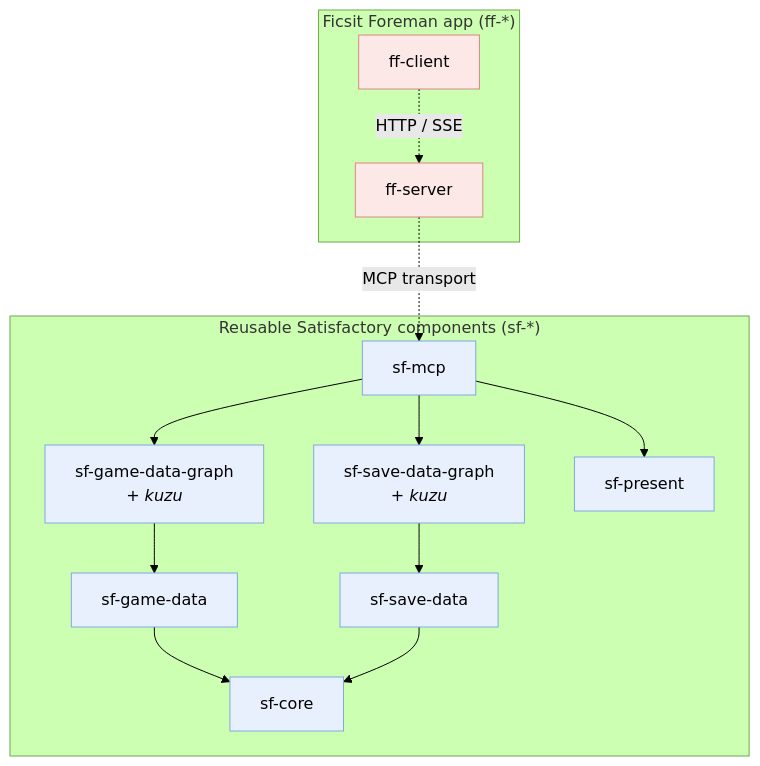
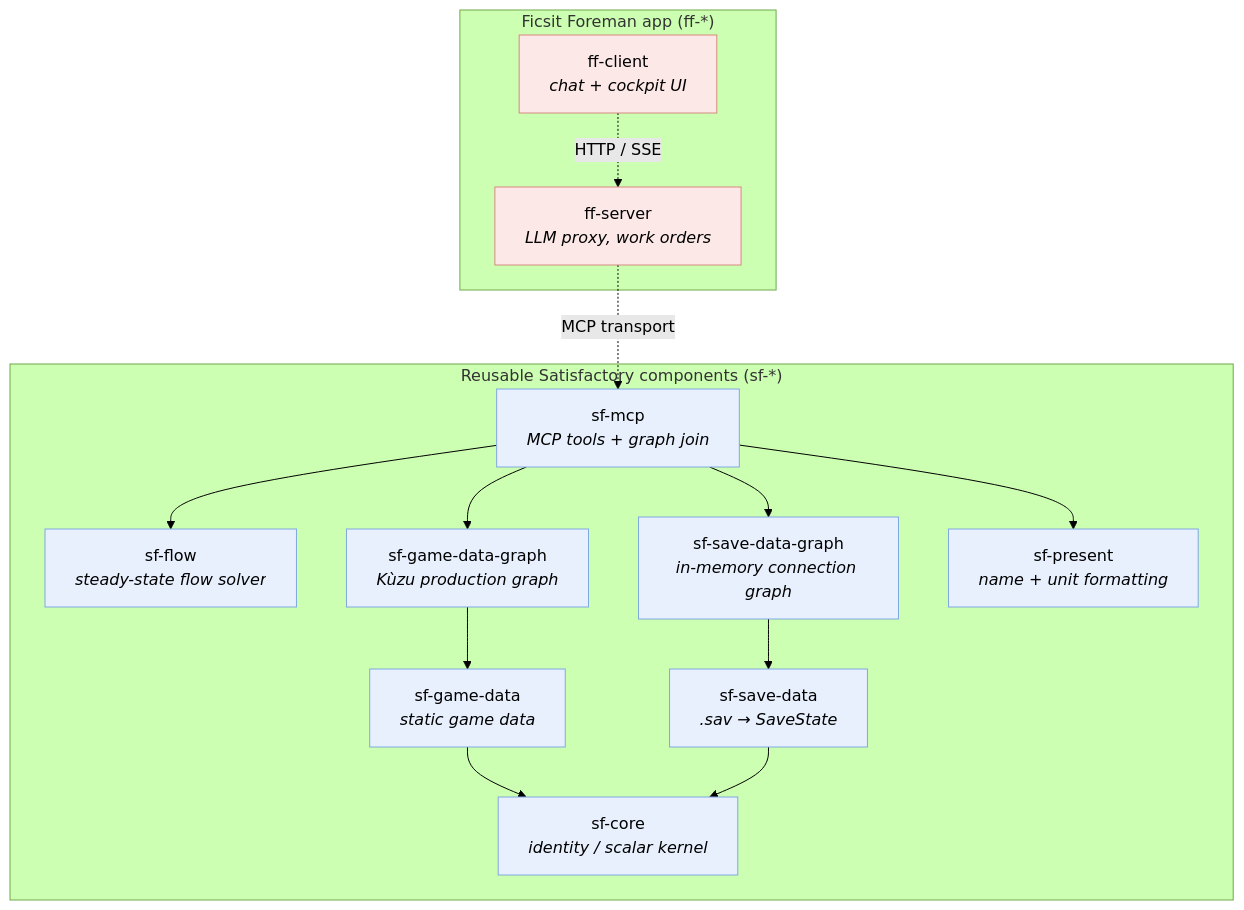
One commit to StuartMeeks/ficsit-foreman changed the diagram in docs/component-architecture.md. Above: the diagram before and after it, drawn with Mermaid (forest theme). The commit also changed other lines of this file, not shown here.

First line of the commit message:
docs(component-architecture): add sf-flow, fix kuzu placement, refresh to current (#195)

````diff
--- a/docs/component-architecture.md
+++ b/docs/component-architecture.md
@@ -113,31 +117,33 @@
 ```mermaid
 graph TD
     subgraph app["Ficsit Foreman app (ff-*)"]
-        ffc["ff-client"]
-        ffs["ff-server"]
+        ffc["ff-client<br/><i>chat + cockpit UI</i>"]
+        ffs["ff-server<br/><i>LLM proxy, work orders</i>"]
     end
     subgraph reusable["Reusable Satisfactory components (sf-*)"]
-        mcp["sf-mcp"]
-        gdg["sf-game-data-graph<br/><i>+ kuzu</i>"]
-        gd["sf-game-data"]
-        sdg["sf-save-data-graph<br/><i>+ kuzu</i>"]
-        sd["sf-save-data"]
-        present["sf-present"]
-        core["sf-core"]
+        mcp["sf-mcp<br/><i>MCP tools + graph join</i>"]
+        flow["sf-flow<br/><i>steady-state flow solver</i>"]
+        gdg["sf-game-data-graph<br/><i>Kùzu production graph</i>"]
+        gd["sf-game-data<br/><i>static game data</i>"]
+        sdg["sf-save-data-graph<br/><i>in-memory connection graph</i>"]
+        sd["sf-save-data<br/><i>.sav → SaveState</i>"]
+        present["sf-present<br/><i>name + unit formatting</i>"]
+        core["sf-core<br/><i>identity / scalar kernel</i>"]
     end
 
     ffc -. "HTTP / SSE" .-> ffs
     ffs -. "MCP transport" .-> mcp
     mcp --> gdg
     mcp --> sdg
+    mcp --> flow
     mcp --> present
     gdg --> gd
     gd --> core
     sdg --> sd
     sd --> core
 
     classDef app fill:#fde8e8,stroke:#d98880,color:#000;
     classDef sf fill:#e8f0fe,stroke:#7fa8e0,color:#000;
     class ffc,ffs app;
-    class mcp,gdg,gd,sdg,sd,present,core sf;
+    class mcp,flow,gdg,gd,sdg,sd,present,core sf;
 ```
````
